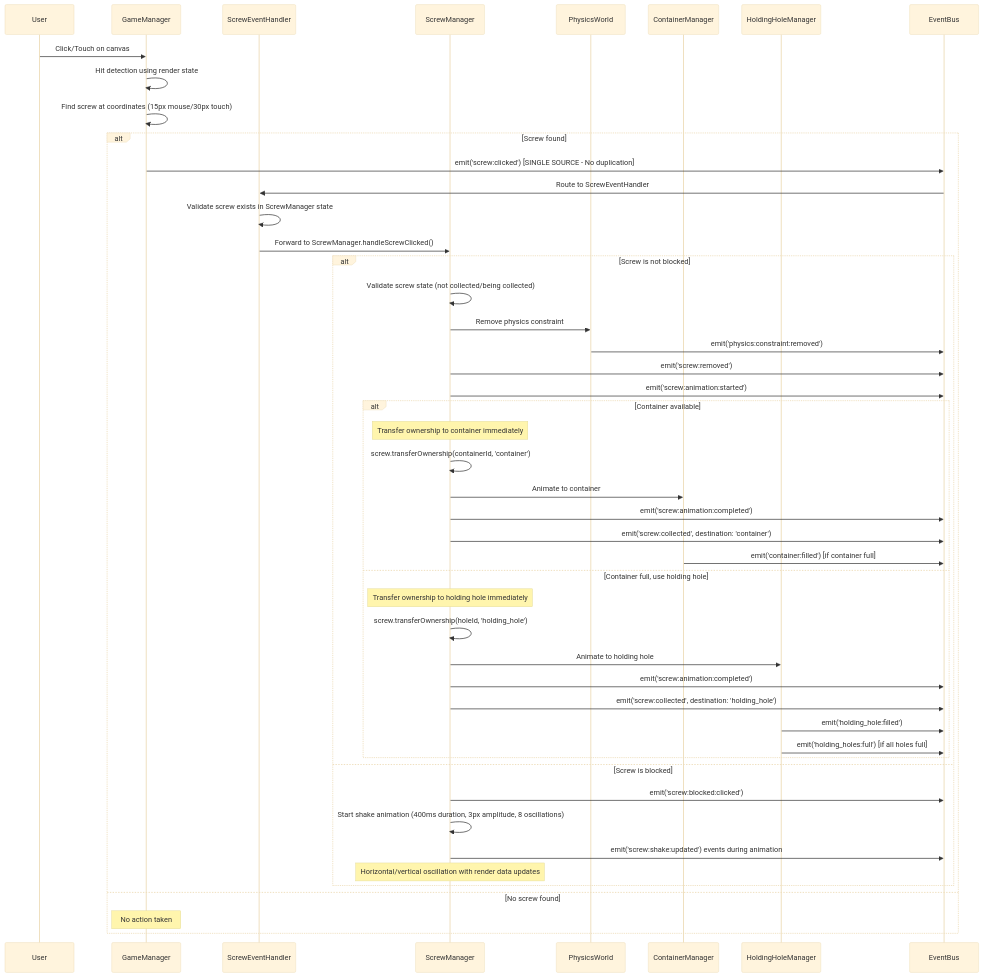
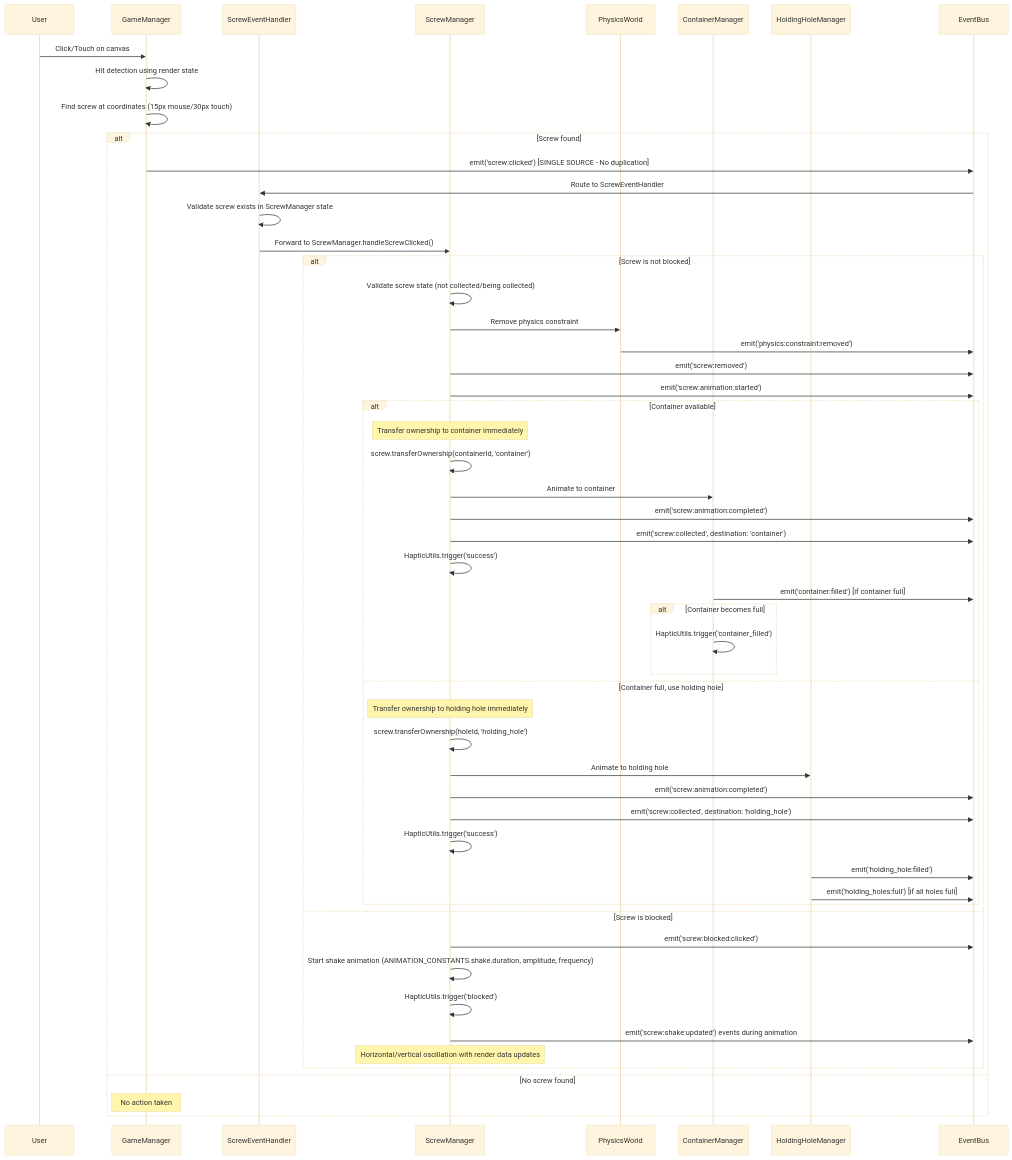
Before and after one commit to paulrobello/par-shape-2d: the first of 10 diagrams in docs/game_event_flows.md, drawn with Mermaid (base theme). The commit also changed other lines of this file and 3 other files, not shown here.

````diff
--- a/docs/game_event_flows.md
+++ b/docs/game_event_flows.md
@@ -174,54 +174,60 @@
 ```mermaid
 sequenceDiagram
     participant User
     participant GM as GameManager
     participant SEH as ScrewEventHandler
     participant SM as ScrewManager
     participant PM as PhysicsWorld
     participant CM as ContainerManager
     participant HM as HoldingHoleManager
     participant EB as EventBus
 
     User->>GM: Click/Touch on canvas
     GM->>GM: Hit detection using render state
     GM->>GM: Find screw at coordinates (15px mouse/30px touch)
     
     alt Screw found
         GM->>EB: emit('screw:clicked') [SINGLE SOURCE - No duplication]
         EB->>SEH: Route to ScrewEventHandler
         SEH->>SEH: Validate screw exists in ScrewManager state
         SEH->>SM: Forward to ScrewManager.handleScrewClicked()
         
         alt Screw is not blocked
             SM->>SM: Validate screw state (not collected/being collected)
             SM->>PM: Remove physics constraint
             PM->>EB: emit('physics:constraint:removed')
             SM->>EB: emit('screw:removed')
             SM->>EB: emit('screw:animation:started')
             
             alt Container available
                 Note over SM: Transfer ownership to container immediately
                 SM->>SM: screw.transferOwnership(containerId, 'container')
                 SM->>CM: Animate to container
                 SM->>EB: emit('screw:animation:completed')
                 SM->>EB: emit('screw:collected', destination: 'container')
+                SM->>SM: HapticUtils.trigger('success')
                 CM->>EB: emit('container:filled') [if container full]
+                alt Container becomes full
+                    CM->>CM: HapticUtils.trigger('container_filled')
+                end
             else Container full, use holding hole
                 Note over SM: Transfer ownership to holding hole immediately
                 SM->>SM: screw.transferOwnership(holeId, 'holding_hole')
                 SM->>HM: Animate to holding hole
                 SM->>EB: emit('screw:animation:completed')
                 SM->>EB: emit('screw:collected', destination: 'holding_hole')
+                SM->>SM: HapticUtils.trigger('success')
                 HM->>EB: emit('holding_hole:filled')
                 HM->>EB: emit('holding_holes:full') [if all holes full]
             end
         else Screw is blocked
             SM->>EB: emit('screw:blocked:clicked')
-            SM->>SM: Start shake animation (400ms duration, 3px amplitude, 8 oscillations)
+            SM->>SM: Start shake animation (ANIMATION_CONSTANTS.shake.duration, amplitude, frequency)
+            SM->>SM: HapticUtils.trigger('blocked')
             SM->>EB: emit('screw:shake:updated') events during animation
             Note over SM: Horizontal/vertical oscillation with render data updates
         end
     else No screw found
         Note over GM: No action taken
     end
 ```
````
